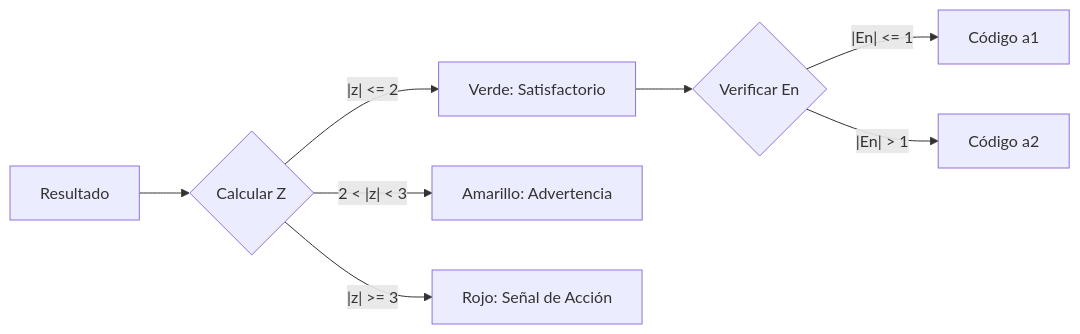
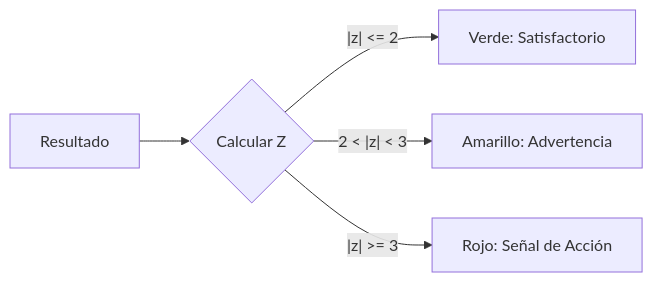
The diagram in final_docs/05_pt_scores.md (willl182/pt_app), drawn with Mermaid before and after one commit. The commit also changed other lines of this file and 3 other files, not shown here.

````diff
--- a/final_docs/05_pt_scores.md
+++ b/final_docs/05_pt_scores.md
@@ -82,11 +66,7 @@
 ```mermaid
 graph LR
     Input[Resultado] --> Z{Calcular Z}
     Z -- "|z| <= 2" --> Green[Verde: Satisfactorio]
     Z -- "2 < |z| < 3" --> Yellow[Amarillo: Advertencia]
     Z -- "|z| >= 3" --> Red[Rojo: Señal de Acción]
-
-    Green --> E{Verificar En}
-    E -- "|En| <= 1" --> A1[Código a1]
-    E -- "|En| > 1" --> A2[Código a2]
 ```
````
